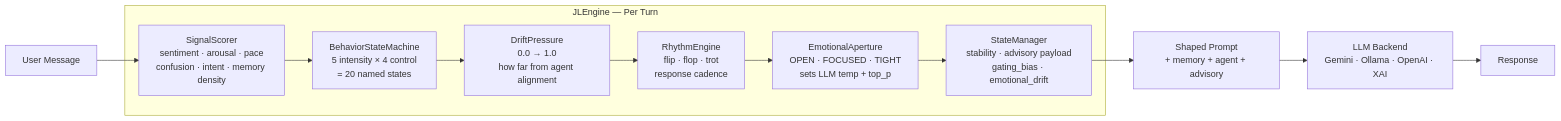
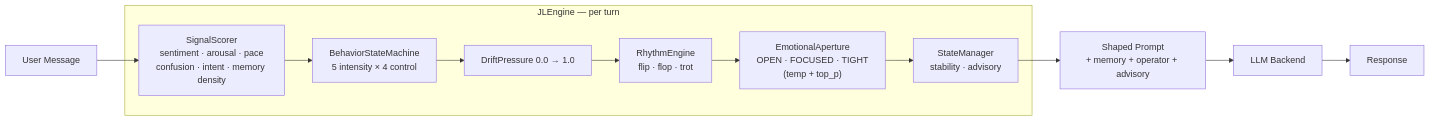
The diagram in README.md (jaden688/JL_Engine-SB.Omni), drawn with Mermaid before and after one commit. The commit also changed other lines of this file and 33 other files, not shown here.

First line of the commit message:
feat(v1.14): genome pipeline, agent profiles, bridge, capability detection

````diff
--- a/README.md
+++ b/README.md
@@ -64,19 +72,16 @@
 ```mermaid
 flowchart LR
     MSG["User Message"] --> SIG
-
-    subgraph PIPELINE["JLEngine — Per Turn"]
-        SIG["SignalScorer\nsentiment · arousal · pace\nconfusion · intent · memory density"]
-        BSM["BehaviorStateMachine\n5 intensity × 4 control\n= 20 named states"]
-        DRIFT["DriftPressure\n0.0 → 1.0\nhow far from agent alignment"]
-        RHYTHM["RhythmEngine\nflip · flop · trot\nresponse cadence"]
-        APE["EmotionalAperture\nOPEN · FOCUSED · TIGHT\nsets LLM temp + top_p"]
-        STATE["StateManager\nstability · advisory payload\ngating_bias · emotional_drift"]
+    subgraph PIPELINE["JLEngine — per turn"]
+      SIG["SignalScorer<br/>sentiment · arousal · pace<br/>confusion · intent · memory density"]
+      BSM["BehaviorStateMachine<br/>5 intensity × 4 control"]
+      DRIFT["DriftPressure 0.0 → 1.0"]
+      RHYTHM["RhythmEngine<br/>flip · flop · trot"]
+      APE["EmotionalAperture<br/>OPEN · FOCUSED · TIGHT<br/>(temp + top_p)"]
+      STATE["StateManager<br/>stability · advisory"]
     end
-
     SIG --> BSM --> DRIFT --> RHYTHM --> APE --> STATE
-
-    STATE --> PROMPT["Shaped Prompt\n+ memory + agent + advisory"]
-    PROMPT --> LLM["LLM Backend\nGemini · Ollama · OpenAI · XAI"]
+    STATE --> PROMPT["Shaped Prompt<br/>+ memory + operator + advisory"]
+    PROMPT --> LLM["LLM Backend"]
     LLM --> RESPONSE["Response"]
 ```
````
